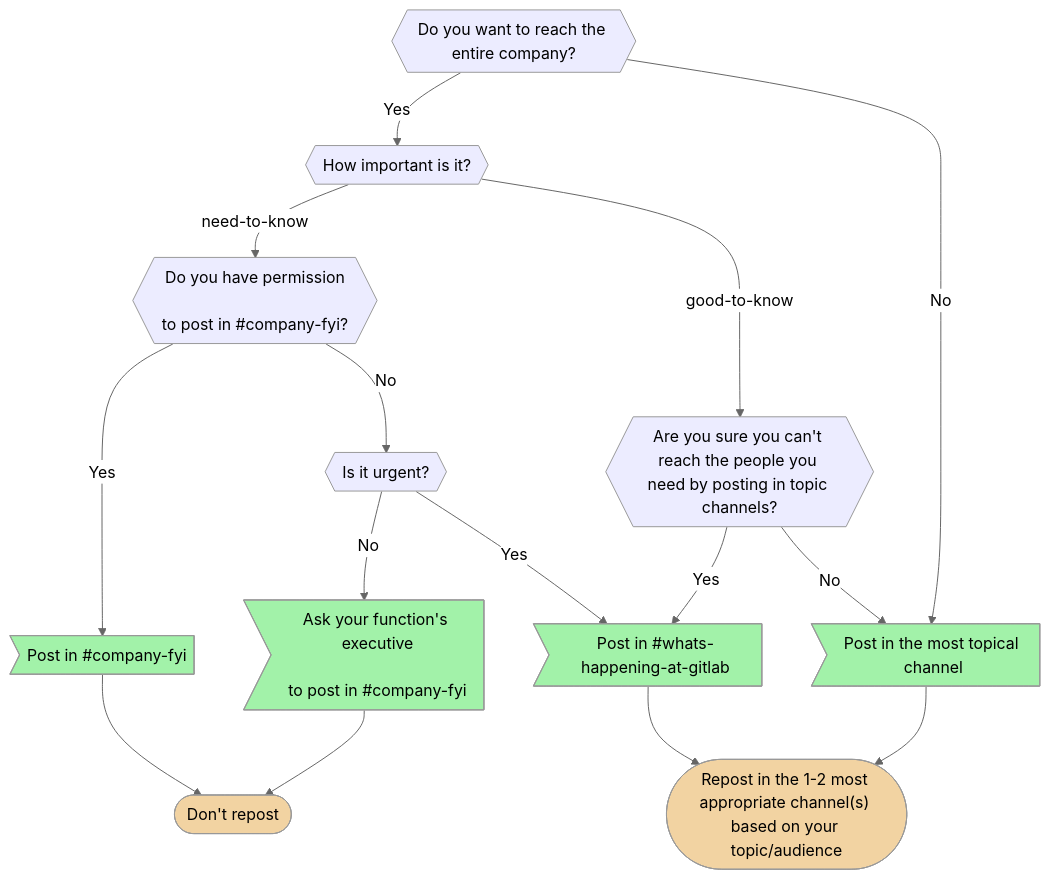
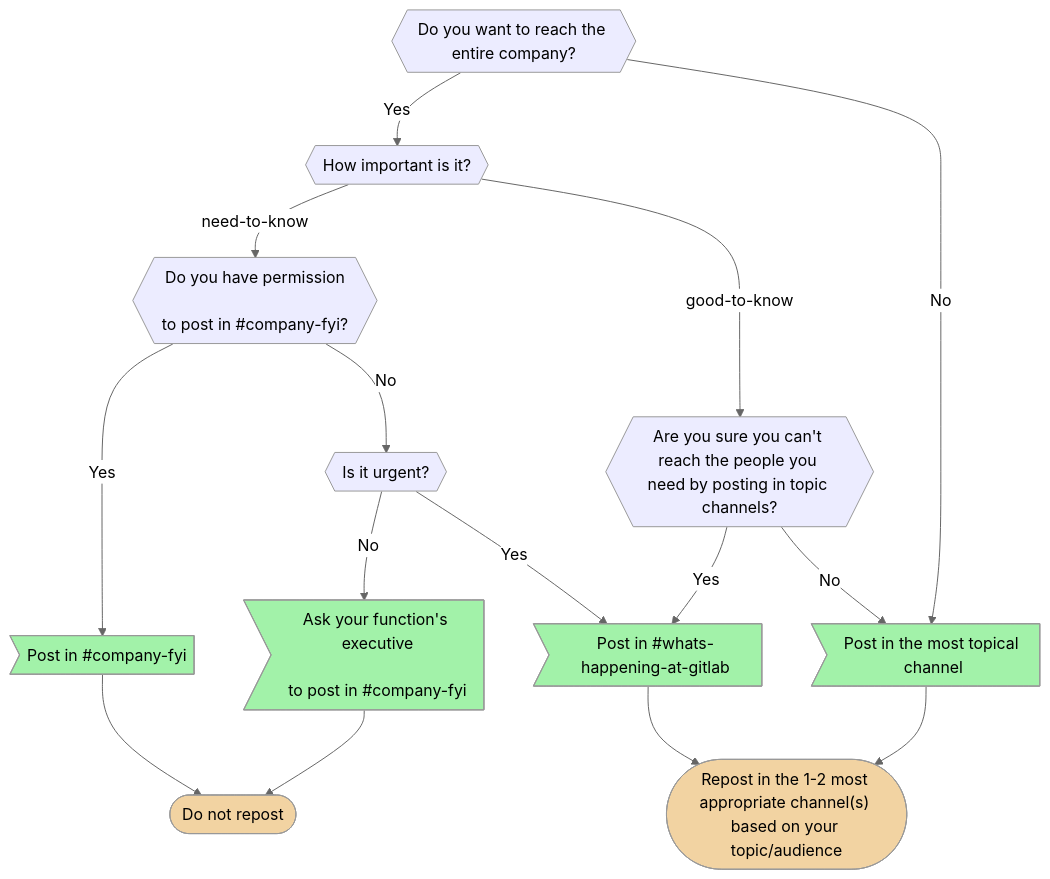
Before and after one commit to secretstartups/handbook: the diagram in communication/index.html.md, drawn with Mermaid (neutral theme). The commit also changed other lines of this file, not shown here.

````diff
--- a/communication/index.html.md
+++ b/communication/index.html.md
@@ -216,47 +216,47 @@
 ```mermaid
 graph TB
   everybody{{"Do you want to reach the entire company?"}}
   important{{"How important is it?"}}
   permission{{"Do you have permission<br>
 to post in #company-fyi?"}}
   urgent{{"Is it urgent?"}}
   reconsider{{"Are you sure you can't reach the people you need by posting in topic channels?"}}
 
   channel-important>"Post in #company-fyi"]
   channel-important-ask>"Ask your function's executive<br>
 to post in #company-fyi"]
   channel-general>"Post in #whats-happening-at-gitlab"]
   channel-topic>"Post in the most topical channel"]
 
   repost(["Repost in the 1-2 most appropriate channel(s) based on your topic/audience"])
-  no-repost(["Don't repost"])
+  no-repost(["Do not repost"])
 
   classDef question fill: #ECECFF
   class everybody,important,permission,urgent,reconsider question;
 
   classDef action fill: #a2f2a9
   class channel-important,channel-important-ask,channel-general,channel-topic,repost,no-repost action;
 
   classDef repost fill: #f2d3a2
   class repost,no-repost repost;
 
   everybody -- Yes --> important
   everybody -- No  --> channel-topic
 
   important -- need-to-know --> permission
   important -- good-to-know --> reconsider
 
   permission -- Yes --> channel-important
   permission -- No  --> urgent
 
   reconsider -- Yes --> channel-general
   reconsider -- No --> channel-topic
 
   urgent -- No  --> channel-important-ask
   urgent -- Yes --> channel-general
 
   channel-topic --> repost
   channel-general --> repost
   channel-important --> no-repost
   channel-important-ask --> no-repost
 ```
````
